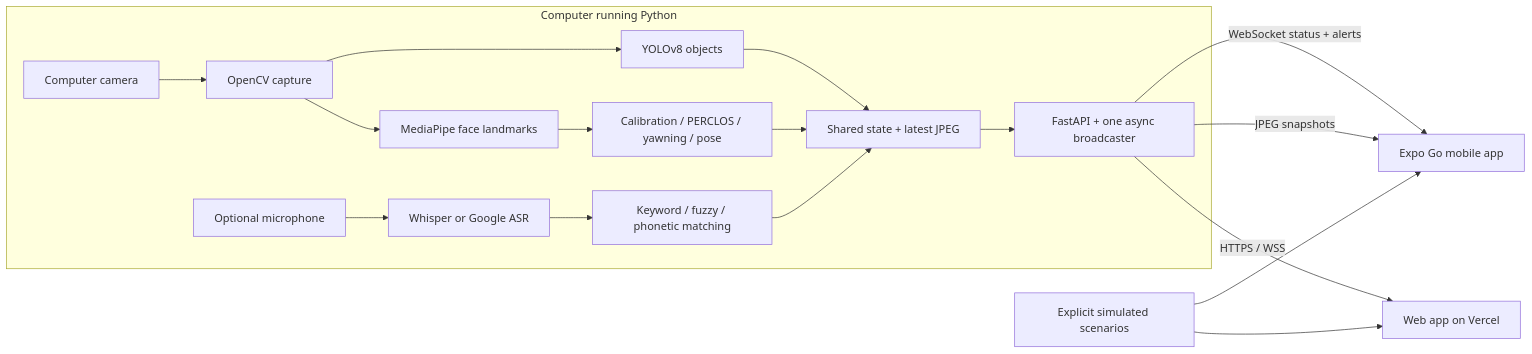
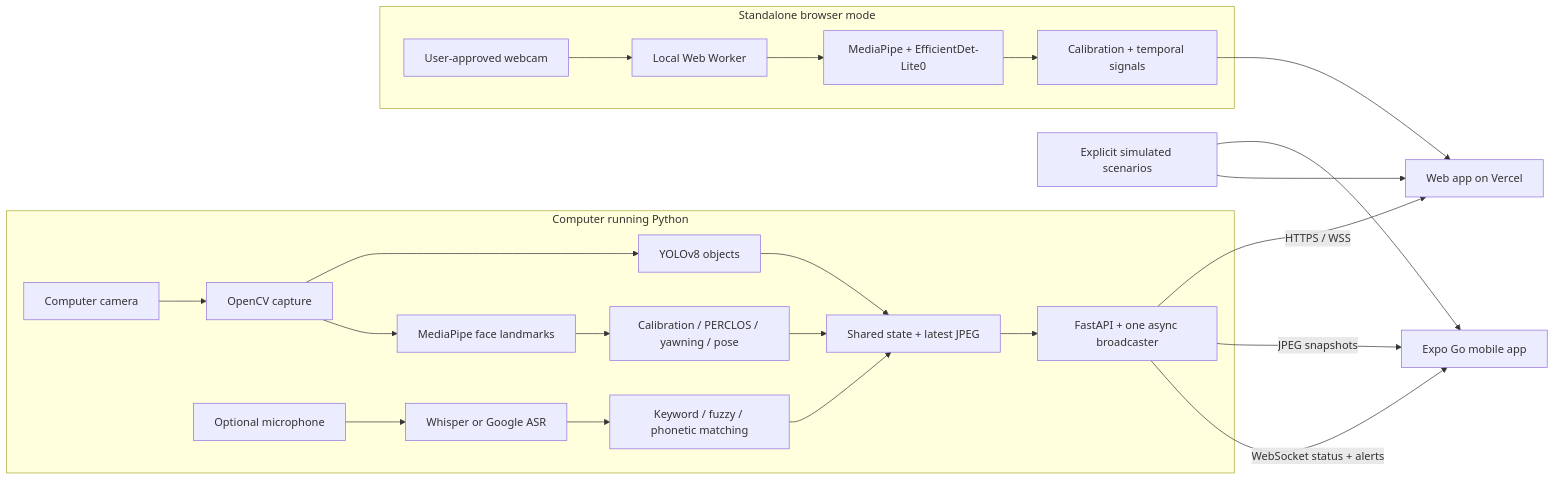
One commit to re1nhardd/SafeRideAI changed the diagram in README.md. Above: the diagram before and after it, drawn with Mermaid. The commit also changed other lines of this file and 14 other files, not shown here.

Commit message:
Add local browser webcam inference while preserving Expo Go

````diff
--- a/README.md
+++ b/README.md
@@ -68,20 +68,26 @@
 ```mermaid
 flowchart LR
   subgraph Local[Computer running Python]
     Cam[Computer camera] --> CV[OpenCV capture]
     CV --> Face[MediaPipe face landmarks]
     CV --> YOLO[YOLOv8 objects]
     Face --> Signals[Calibration / PERCLOS / yawning / pose]
     YOLO --> State[Shared state + latest JPEG]
     Signals --> State
     Mic[Optional microphone] --> ASR[Whisper or Google ASR]
     ASR --> Keywords[Keyword / fuzzy / phonetic matching]
     Keywords --> State
     State --> API[FastAPI + one async broadcaster]
   end
   API -->|WebSocket status + alerts| Phone[Expo Go mobile app]
   API -->|JPEG snapshots| Phone
   API -->|HTTPS / WSS| Web[Web app on Vercel]
+  subgraph Browser[Standalone browser mode]
+    Webcam[User-approved webcam] --> Worker[Local Web Worker]
+    Worker --> MP[MediaPipe + EfficientDet-Lite0]
+    MP --> Geometry[Calibration + temporal signals]
+  end
+  Geometry --> Web
   Demo[Explicit simulated scenarios] --> Web
   Demo --> Phone
 ```
````
